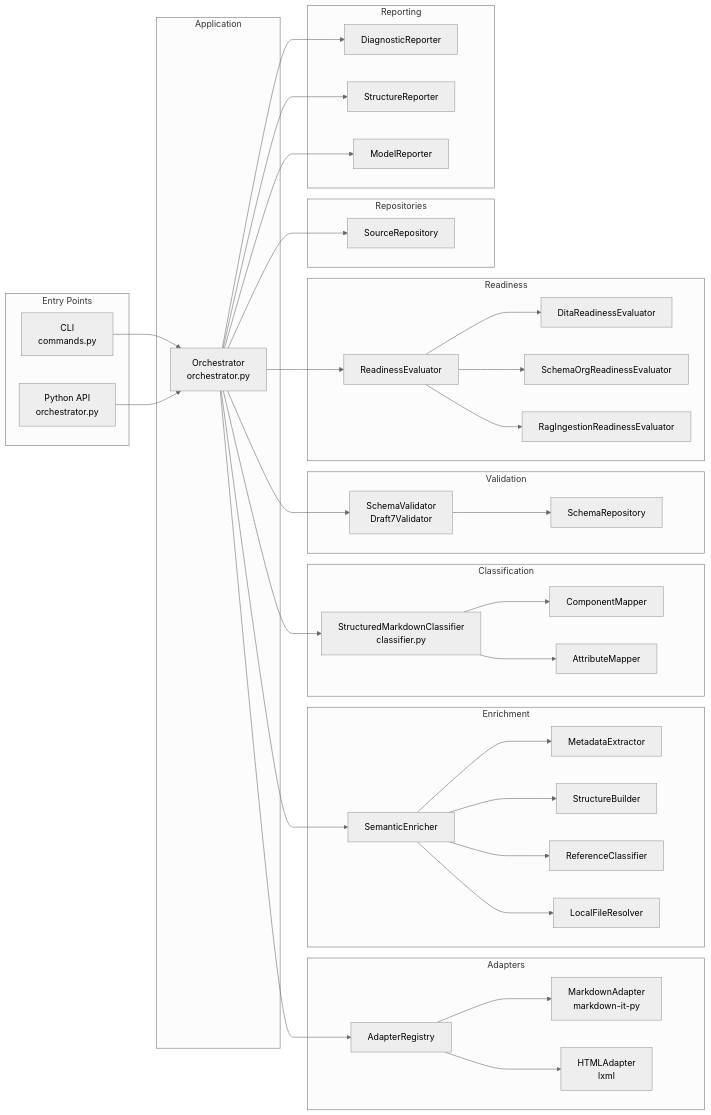
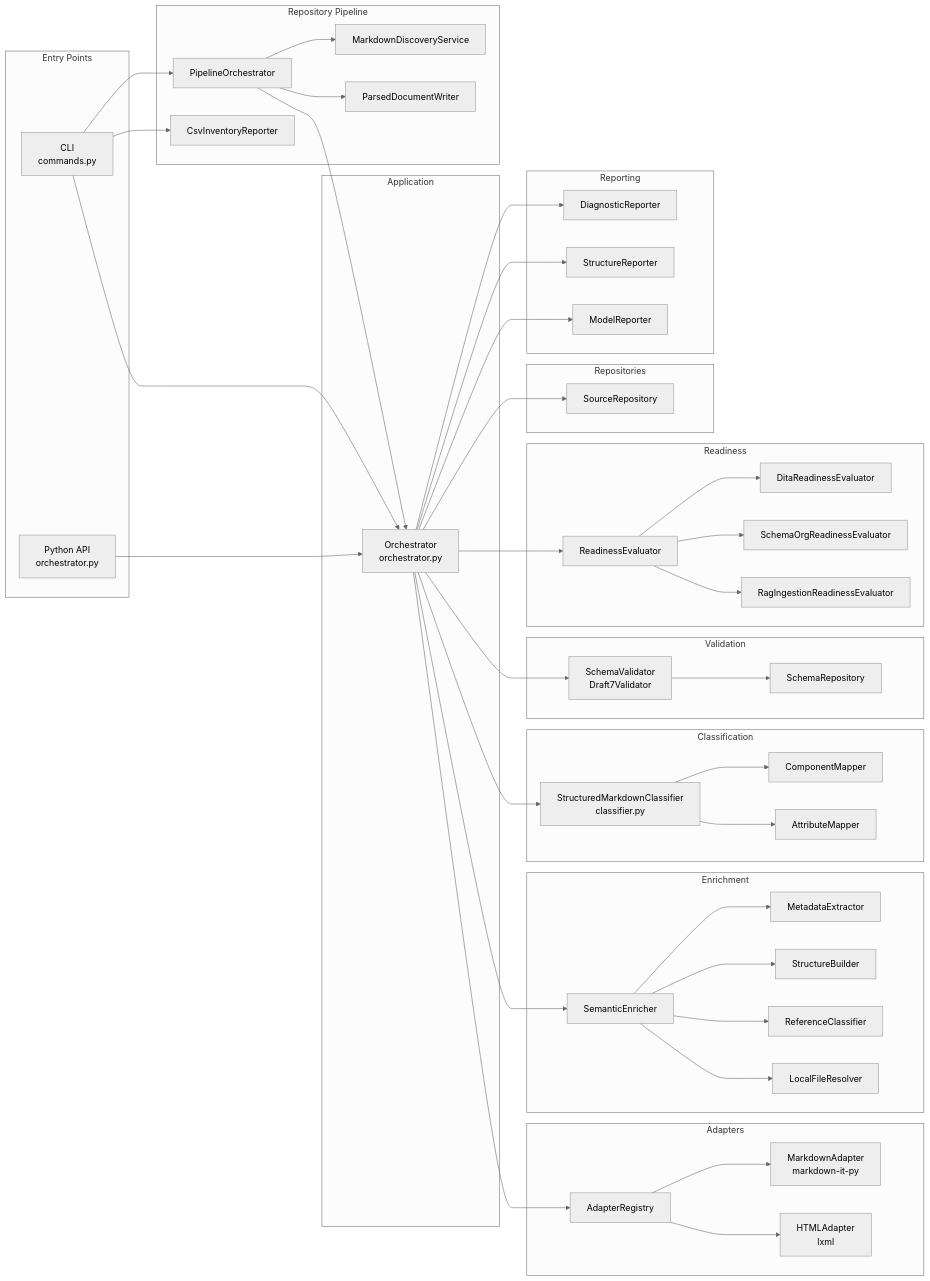
Before and after one commit to mattbriggs/structured-markdown: the first of 5 diagrams in docs_src/architecture/uml.md, drawn with Mermaid (neutral theme). The commit also changed other lines of this file and 29 other files, not shown here.

```diff
--- a/docs_src/architecture/uml.md
+++ b/docs_src/architecture/uml.md
@@ -59,6 +59,13 @@
         MR["ModelReporter"]
     end
 
+    subgraph "Repository Pipeline"
+        PORCH["PipelineOrchestrator"]
+        DISC["MarkdownDiscoveryService"]
+        OUT["ParsedDocumentWriter"]
+        CSV["CsvInventoryReporter"]
+    end
+
     CLI --> ORCH
     API --> ORCH
     ORCH --> REG
@@ -70,6 +77,11 @@
     ORCH --> DR
     ORCH --> STR
     ORCH --> MR
+    CLI --> PORCH
+    PORCH --> DISC
+    PORCH --> ORCH
+    PORCH --> OUT
+    CLI --> CSV
     REG --> MD
     REG --> HTML
     SE --> ME
```
